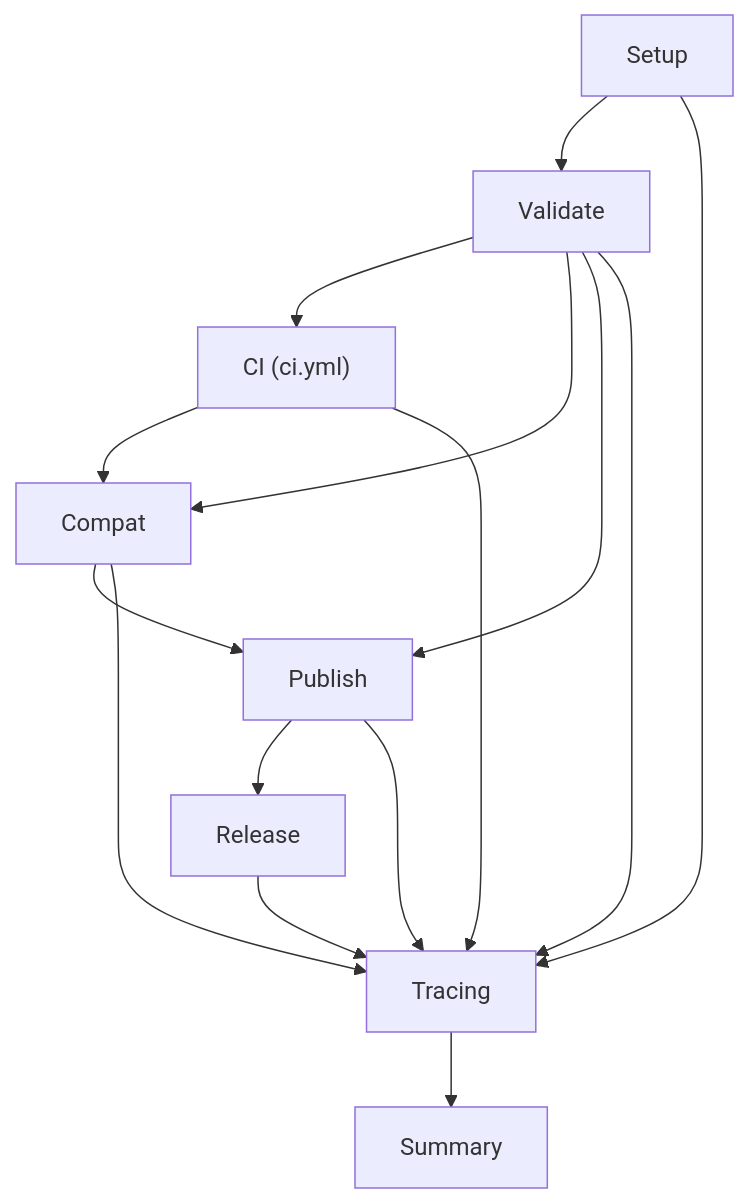
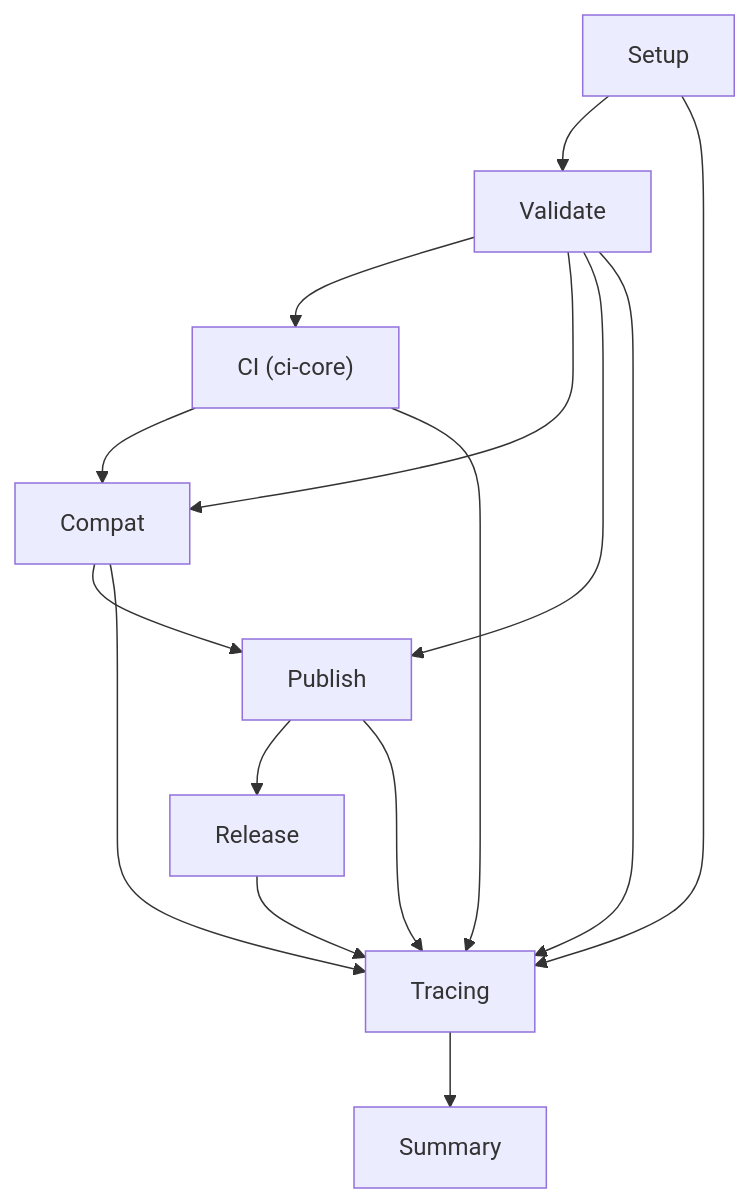
Diagram 11 of 11 in docs/flows.md (progmise/reusable-workflows), drawn with Mermaid before and after one commit. The commit also changed other lines of this file and 9 other files, not shown here.

````diff
--- a/docs/flows.md
+++ b/docs/flows.md
@@ -218,17 +219,17 @@
 ```mermaid
 flowchart TD
     S[Setup] --> V[Validate]
-    V --> CI["CI (ci.yml)"]
+    V --> CI["CI (ci-core)"]
     V --> CP[Compat]
     CI --> CP
     V --> P[Publish]
     CP --> P
     P --> R[Release]
     R --> T[Tracing]
     S --> T
     V --> T
     CI --> T
     CP --> T
     P --> T
     T --> SUM[Summary]
 ```
````
